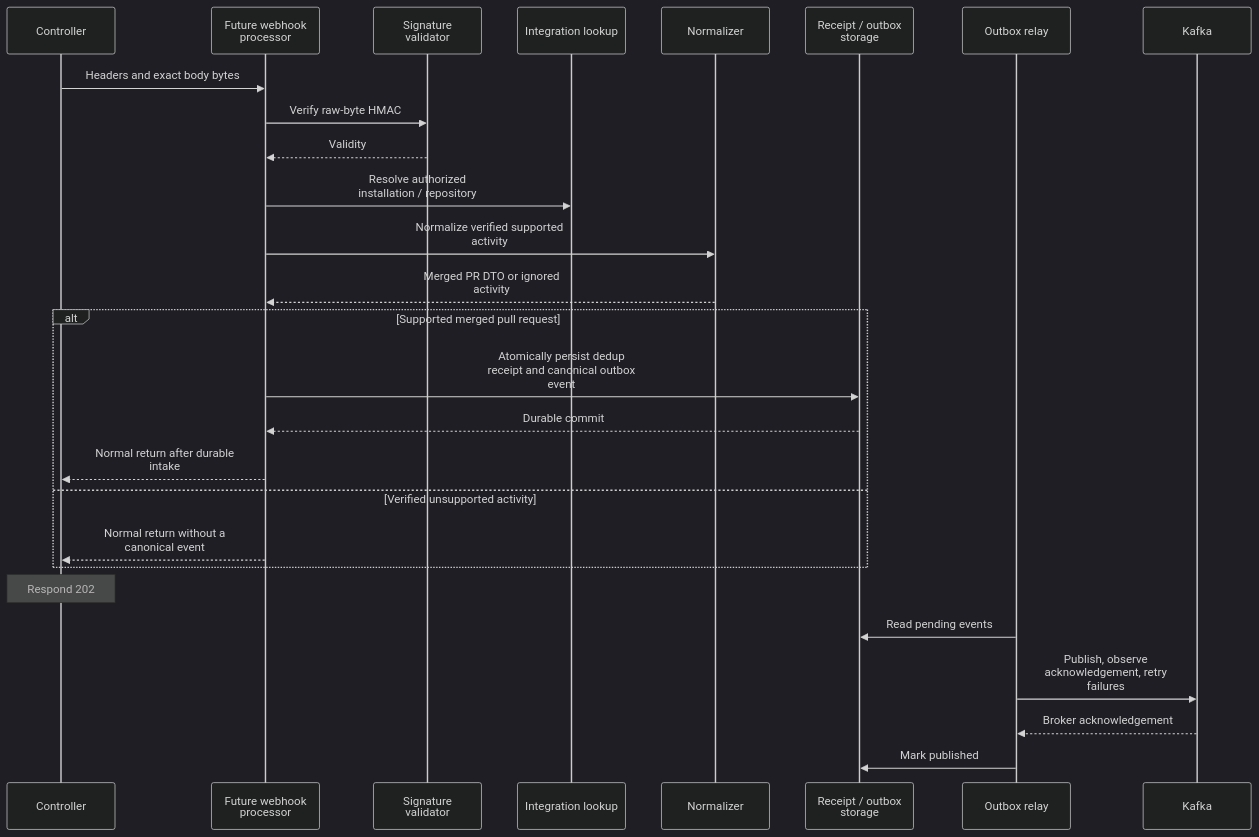
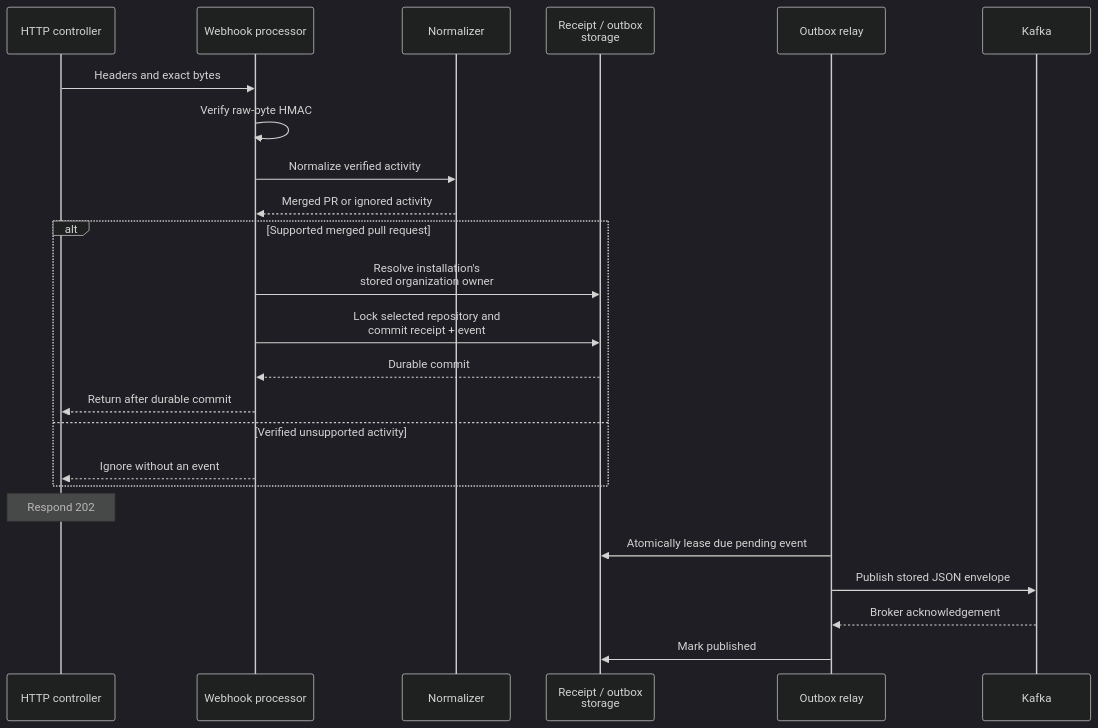
Before and after one commit to ChangeGuardHQ/changuard-platform: diagram 12 of 12 in backend/README.md, drawn with Mermaid (dark theme). The commit also changed other lines of this file and 29 other files, not shown here.

````diff
--- a/backend/README.md
+++ b/backend/README.md
@@ -545,29 +749,26 @@
 ```mermaid
 sequenceDiagram
-    participant Controller
-    participant Processor as Future webhook<br/>processor
-    participant Validator as Signature<br/>validator
-    participant Context as Integration lookup
+    participant Controller as HTTP controller
+    participant Processor as Webhook processor
     participant Normalizer
     participant DB as Receipt / outbox<br/>storage
     participant Relay as Outbox relay
     participant Kafka
-    Controller->>Processor: Headers and exact body bytes
-    Processor->>Validator: Verify raw-byte HMAC
-    Validator-->>Processor: Validity
-    Processor->>Context: Resolve authorized<br/>installation / repository
-    Processor->>Normalizer: Normalize verified supported<br/>activity
-    Normalizer-->>Processor: Merged PR DTO or ignored<br/>activity
+    Controller->>Processor: Headers and exact bytes
+    Processor->>Processor: Verify raw-byte HMAC
+    Processor->>Normalizer: Normalize verified activity
+    Normalizer-->>Processor: Merged PR or ignored activity
     alt Supported merged pull request
-        Processor->>DB: Atomically persist dedup<br/>receipt and canonical outbox<br/>event
+        Processor->>DB: Resolve installation's<br/>stored organization owner
+        Processor->>DB: Lock selected repository and<br/>commit receipt + event
         DB-->>Processor: Durable commit
-        Processor-->>Controller: Normal return after durable<br/>intake
+        Processor-->>Controller: Return after durable commit
     else Verified unsupported activity
-        Processor-->>Controller: Normal return without a<br/>canonical event
+        Processor-->>Controller: Ignore without an event
     end
     Note over Controller: Respond 202
-    Relay->>DB: Read pending events
-    Relay->>Kafka: Publish, observe<br/>acknowledgement, retry<br/>failures
+    Relay->>DB: Atomically lease due pending event
+    Relay->>Kafka: Publish stored JSON envelope
     Kafka-->>Relay: Broker acknowledgement
     Relay->>DB: Mark published
 ```
````
